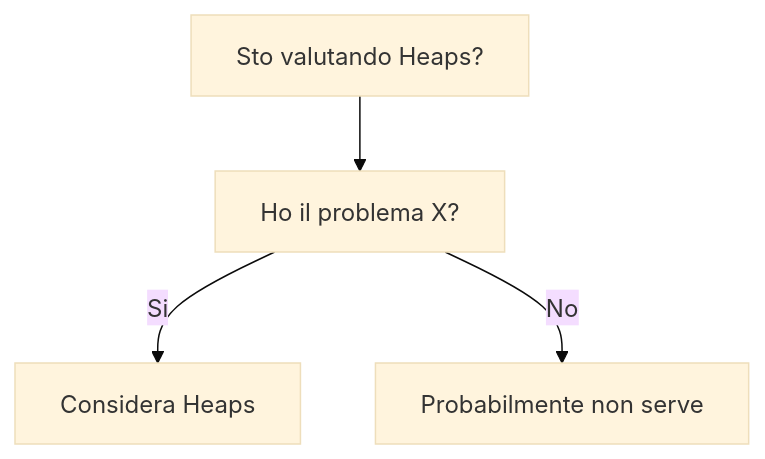
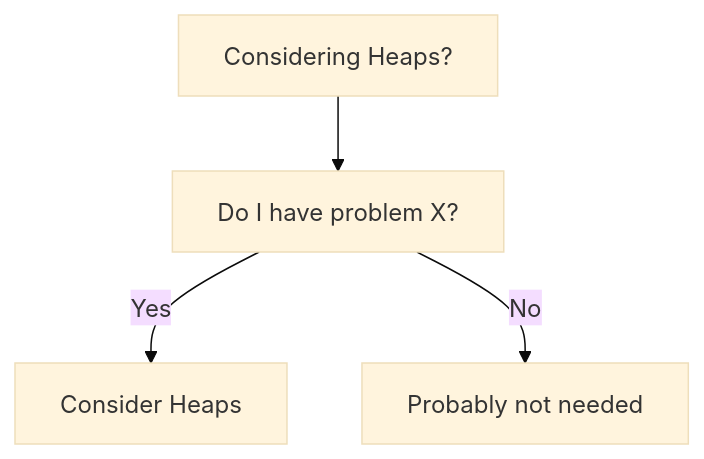
The diagram in dev-wiki/15_Algorithms_DataStructures/Heaps/When_To_Use.md (HxT9/Software-Dev-Wiki), drawn with Mermaid (base theme) before and after one commit. The commit also changed other lines of this file and 3444 other files, not shown here.

````diff
--- a/dev-wiki/15_Algorithms_DataStructures/Heaps/When_To_Use.md
+++ b/dev-wiki/15_Algorithms_DataStructures/Heaps/When_To_Use.md
@@ -19,6 +19,6 @@
 ```mermaid
 flowchart TD
-  Q[Sto valutando Heaps?] --> Q1[Ho il problema X?]
-  Q1 -->|Si| OK[Considera Heaps]
-  Q1 -->|No| NO[Probabilmente non serve]
+  Q[Considering Heaps?] --> Q1[Do I have problem X?]
+  Q1 -->|Yes| OK[Consider Heaps]
+  Q1 -->|No| NO[Probably not needed]
 ```
````
